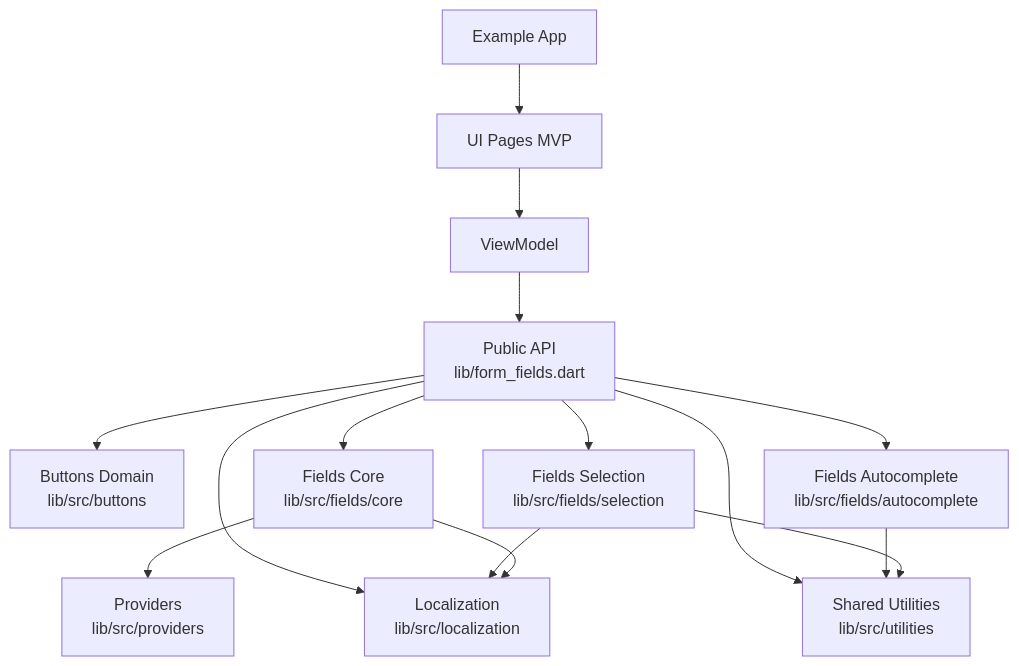
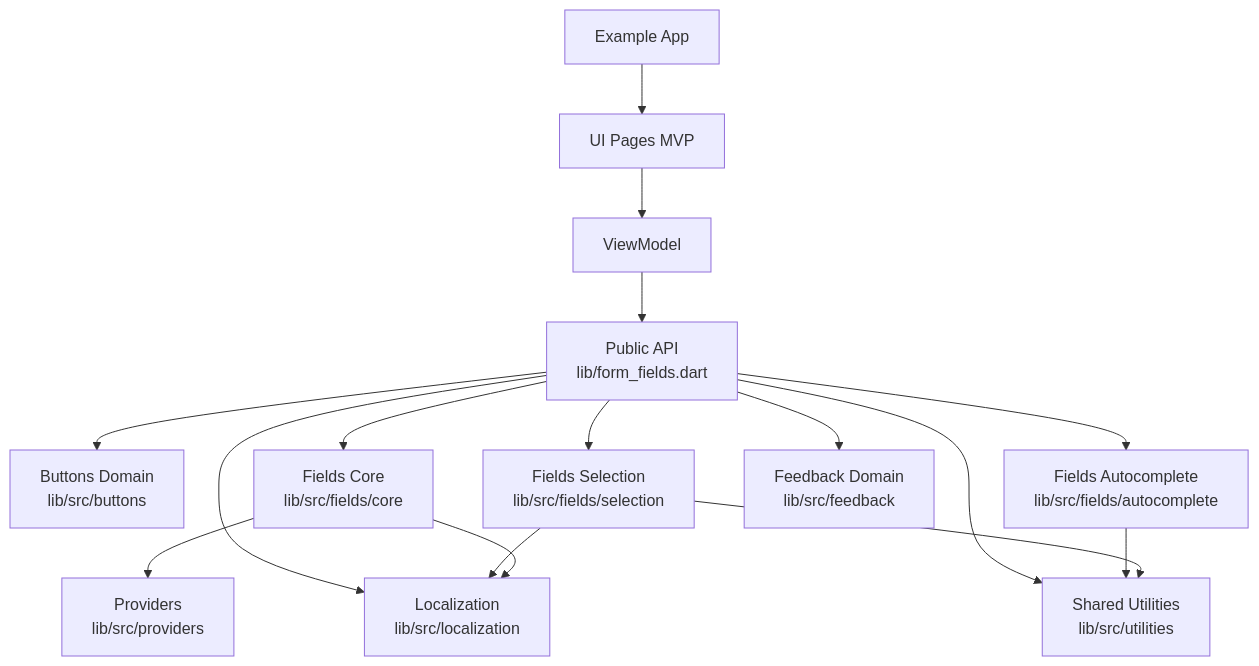
One commit to Renoldi/form_fields changed the first of 3 diagrams in ARCHITECTURE.md. Above: the diagram before and after it, drawn with Mermaid. The commit also changed other lines of this file and 6 other files, not shown here.

````diff
--- a/ARCHITECTURE.md
+++ b/ARCHITECTURE.md
@@ -9,19 +9,20 @@
 ```mermaid
 flowchart TD
   A[Public API\nlib/form_fields.dart] --> B[Buttons Domain\nlib/src/buttons]
   A --> C[Fields Core\nlib/src/fields/core]
   A --> D[Fields Autocomplete\nlib/src/fields/autocomplete]
   A --> E[Fields Selection\nlib/src/fields/selection]
+  A --> N[Feedback Domain\nlib/src/feedback]
   A --> F[Shared Utilities\nlib/src/utilities]
   A --> G[Localization\nlib/src/localization]
 
   C --> H[Providers\nlib/src/providers]
   D --> F
   E --> F
   E --> G
   C --> G
 
   I[Example App] --> J[UI Pages MVP]
   J --> K[ViewModel]
   K --> A
 ```
````
